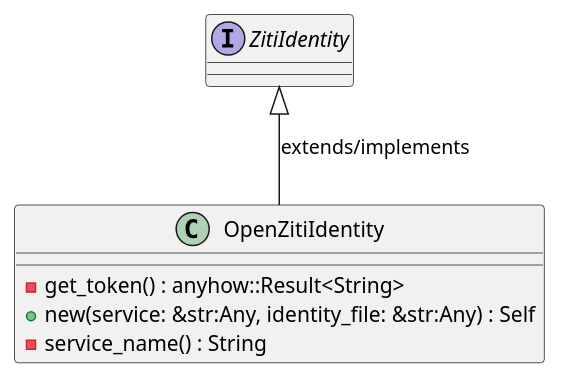
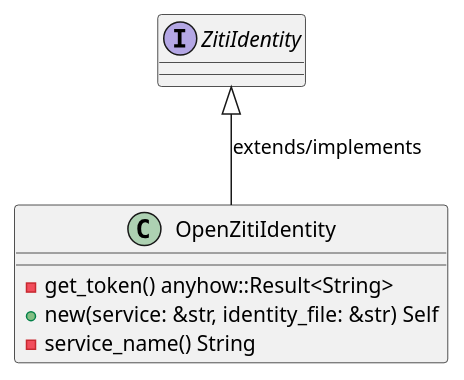
The first of 6 diagrams in openwiki/crates_factory_infrastructure_src_ziti.md (lgcorzo/rust_CACD_autonomous_factory), drawn with PlantUML before and after one commit. The commit also changed other lines of this file and 97 other files, not shown here.

First line of the commit message:
Fix Rust AST parsing for method and function parameters, and update OKF UML frontmatter

````diff
--- a/openwiki/crates_factory_infrastructure_src_ziti.md
+++ b/openwiki/crates_factory_infrastructure_src_ziti.md
@@ -94,13 +99,13 @@
 ```plantuml
 @startuml
 class OpenZitiIdentity {
-    -get_token() : anyhow::Result<String>
-    +new(service: &str:Any, identity_file: &str:Any) : Self
-    -service_name() : String
+    -get_token() anyhow::Result<String>
+    +new(service: &str, identity_file: &str) Self
+    -service_name() String
 }
 ZitiIdentity <|-- OpenZitiIdentity : extends/implements
 interface ZitiIdentity {
 }
 @enduml
 
 ```
````
